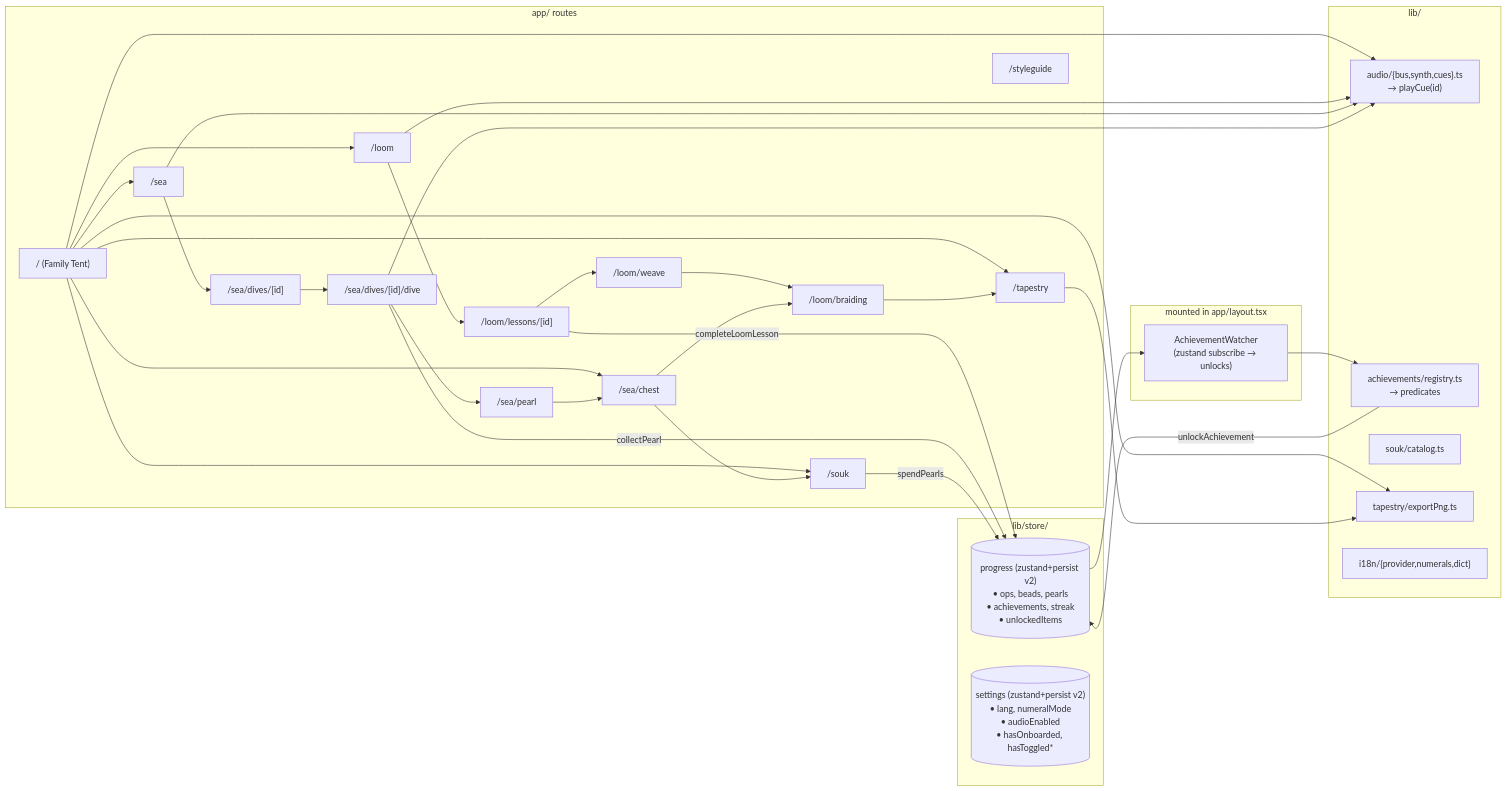
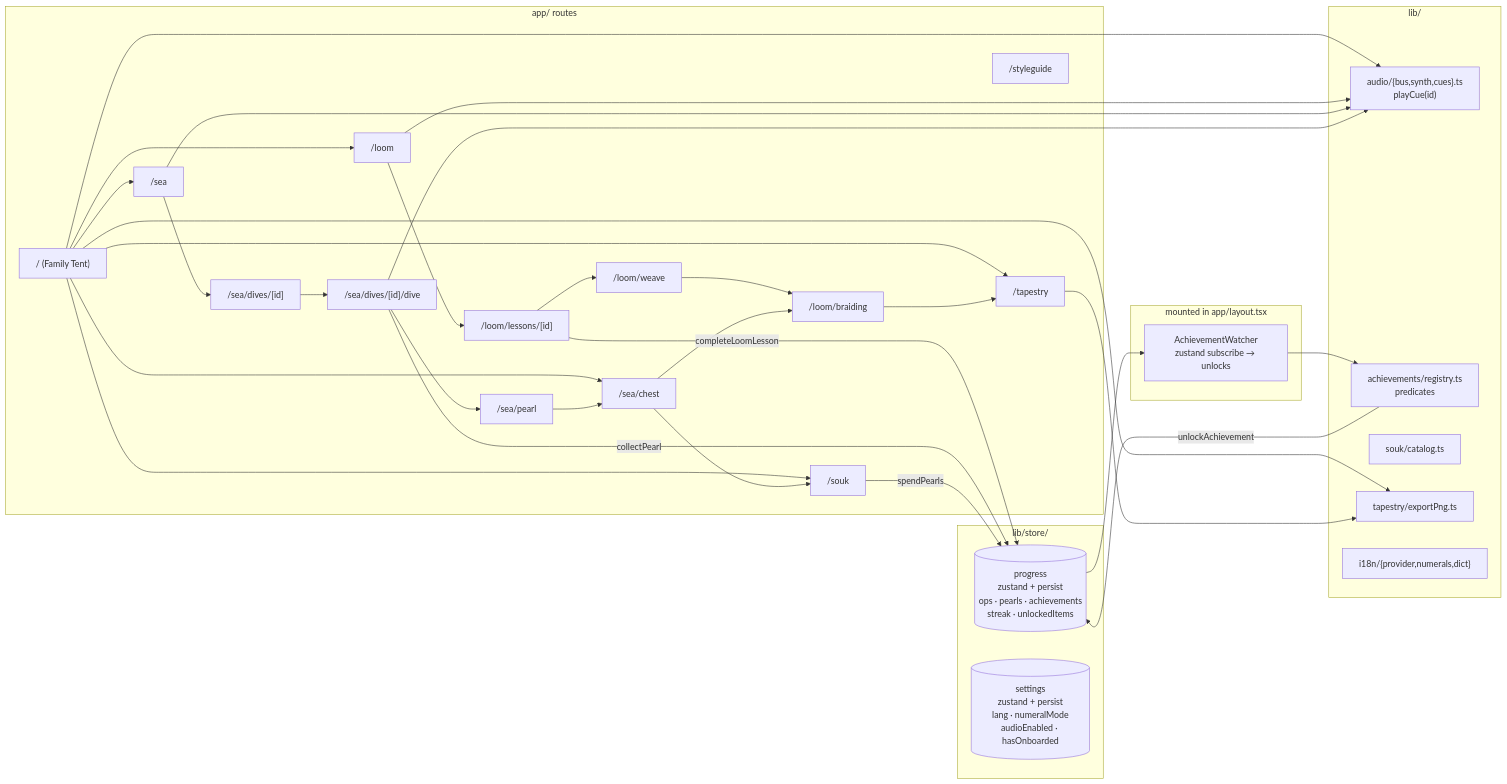
The diagram in README.md (Onesignature/pearl-and-loom), drawn with Mermaid before and after one commit. The commit also changed other lines of this file, not shown here.

````diff
--- a/README.md
+++ b/README.md
@@ -103,49 +158,49 @@
 ```mermaid
 flowchart LR
     subgraph routes["app/ routes"]
         home["/ (Family Tent)"]
         loomHub["/loom"]
         loomLesson["/loom/lessons/[id]"]
         weave["/loom/weave"]
         braiding["/loom/braiding"]
         seaHub["/sea"]
         preDive["/sea/dives/[id]"]
         dive["/sea/dives/[id]/dive"]
         pearl["/sea/pearl"]
         chest["/sea/chest"]
         souk["/souk"]
         tapestry["/tapestry"]
         styleguide["/styleguide"]
     end
 
     subgraph stores["lib/store/"]
-        progress[("progress (zustand+persist v2)\n• ops, beads, pearls\n• achievements, streak\n• unlockedItems")]
-        settings[("settings (zustand+persist v2)\n• lang, numeralMode\n• audioEnabled\n• hasOnboarded, hasToggled*")]
+        progress[("progress<br/>zustand + persist<br/>ops · pearls · achievements<br/>streak · unlockedItems")]
+        settings[("settings<br/>zustand + persist<br/>lang · numeralMode<br/>audioEnabled · hasOnboarded")]
     end
 
     subgraph services["lib/"]
-        audio["audio/{bus,synth,cues}.ts\n→ playCue(id)"]
-        achievements["achievements/registry.ts\n→ predicates"]
+        audio["audio/{bus,synth,cues}.ts<br/>playCue(id)"]
+        achievements["achievements/registry.ts<br/>predicates"]
         souk_cat["souk/catalog.ts"]
         export["tapestry/exportPng.ts"]
         i18n["i18n/{provider,numerals,dict}"]
     end
 
     subgraph watchers["mounted in app/layout.tsx"]
-        watch["AchievementWatcher\n(zustand subscribe → unlocks)"]
+        watch["AchievementWatcher<br/>zustand subscribe → unlocks"]
     end
 
     home --> loomHub & seaHub & souk & chest & tapestry
     loomHub --> loomLesson --> weave --> braiding
     seaHub --> preDive --> dive --> pearl --> chest
     chest --> braiding & souk
     braiding --> tapestry
 
     loomLesson -- completeLoomLesson --> progress
     dive -- collectPearl --> progress
     souk -- spendPearls --> progress
     progress --> watch --> achievements
     achievements -- unlockAchievement --> progress
     home & loomHub & seaHub & dive --> audio
     home & tapestry --> export
 ```
````
